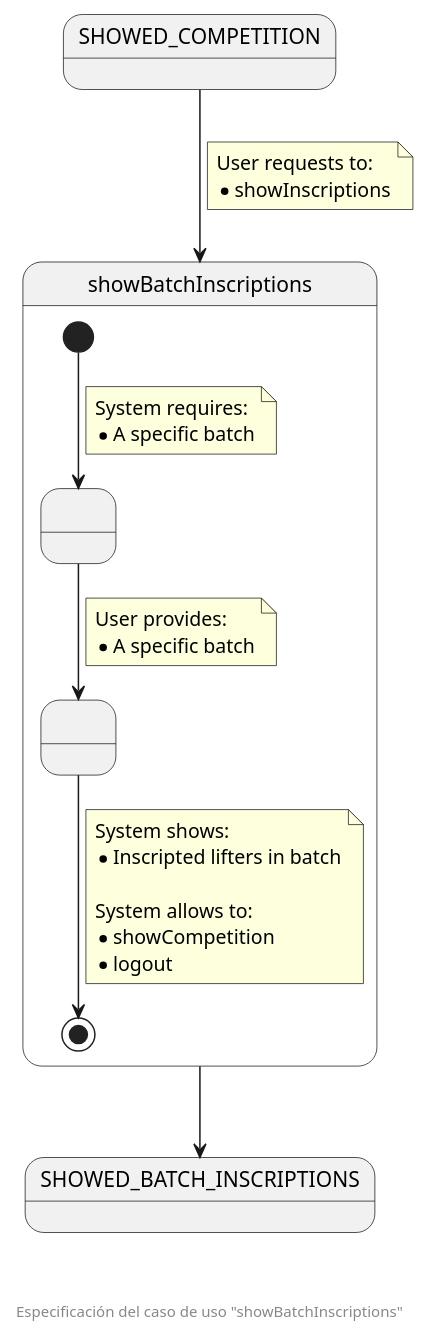
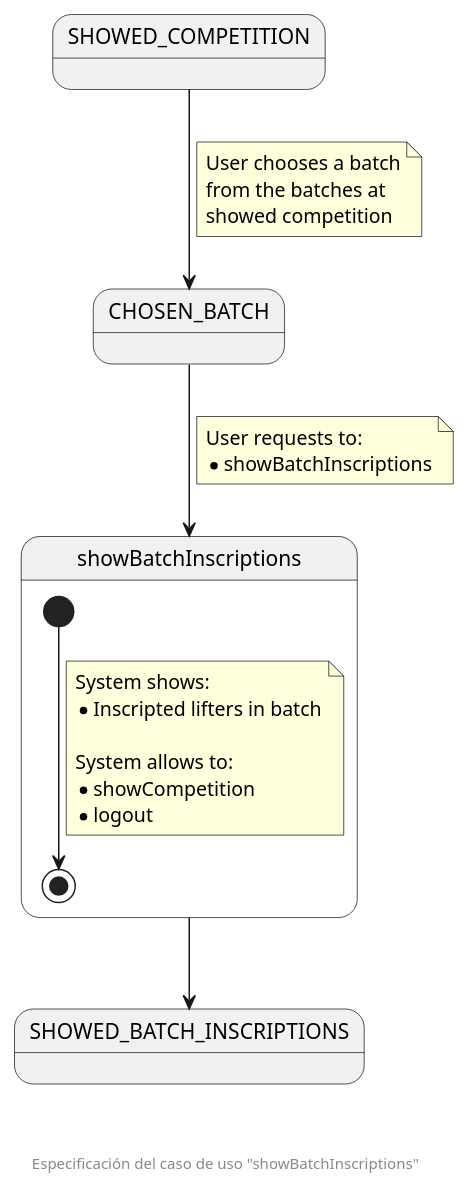
Before and after one commit to zuldare/mastercloud_pfm_halterocms: the diagram in documentation/diagrams/useCasesSpecification/spectator/3_showBatchInscriptions.puml, drawn with PlantUML.

```diff
--- a/documentation/diagrams/useCasesSpecification/spectator/3_showBatchInscriptions.puml
+++ b/documentation/diagrams/useCasesSpecification/spectator/3_showBatchInscriptions.puml
@@ -1,37 +1,33 @@
 @startuml
 state SHOWED_COMPETITION
+state CHOSEN_BATCH
 state showBatchInscriptions {
-  state " " as pendingBatch
-  state " " as providedBatch
-  [*] --> pendingBatch
-  note on link
-    System requires:
-    * A specific batch
-  end note
-  pendingBatch --> providedBatch
-  note on link
-    User provides:
-    * A specific batch
-  end note
-  providedBatch --> [*]
+  [*] --> [*]
   note on link
     System shows:
     * Inscripted lifters in batch
     
     System allows to:
     * showCompetition
     * logout
   end note
 }
 state SHOWED_BATCH_INSCRIPTIONS
 
-SHOWED_COMPETITION --> showBatchInscriptions
+SHOWED_COMPETITION --> CHOSEN_BATCH
+note on link
+  User chooses a batch
+  from the batches at 
+  showed competition
+end note
+
+CHOSEN_BATCH --> showBatchInscriptions
 note on link
   User requests to:
-  * showInscriptions
+  * showBatchInscriptions
 end note
 
 showBatchInscriptions --> SHOWED_BATCH_INSCRIPTIONS
 
 footer \n\n\n Especificación del caso de uso "showBatchInscriptions"
 @enduml
```
